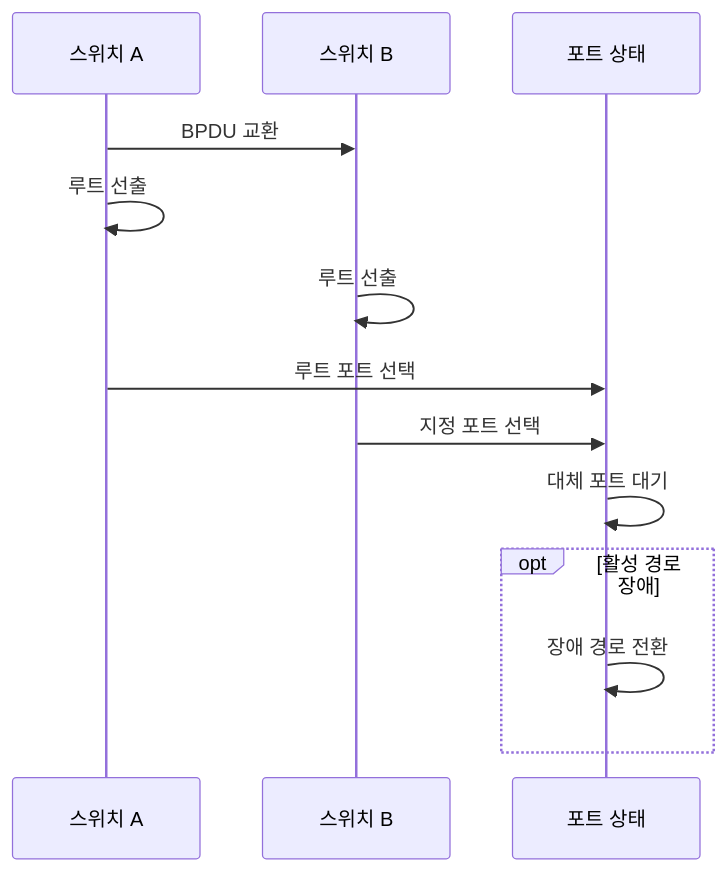
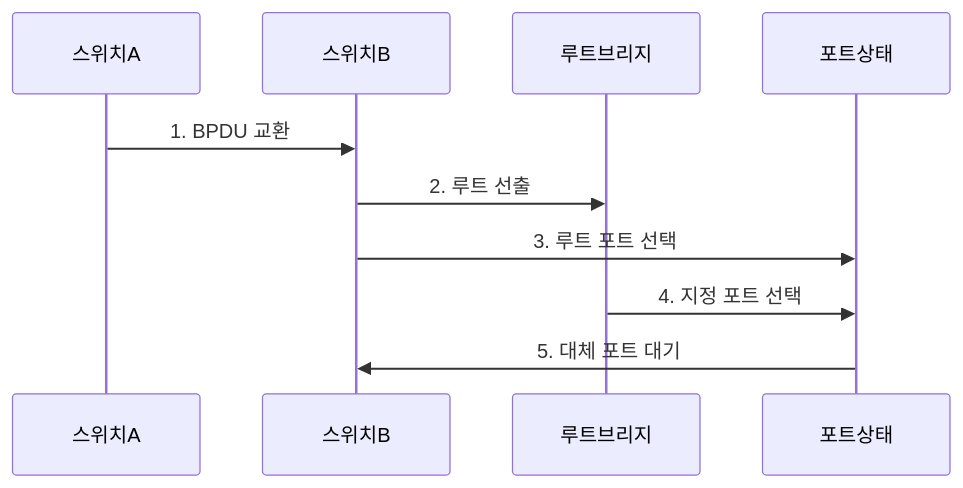
Before and after one commit to agnusdei1207/knowledge-base: the second of 2 diagrams in src/content/docs/notes/04-network/017_stp_rstp_loop_prevention.md, drawn with Mermaid. The commit also changed other lines of this file and 20 other files, not shown here.

````diff
--- a/src/content/docs/notes/04-network/017_stp_rstp_loop_prevention.md
+++ b/src/content/docs/notes/04-network/017_stp_rstp_loop_prevention.md
@@ -90,15 +85,12 @@
 ```mermaid
 sequenceDiagram
-    participant A as 스위치 A
-    participant B as 스위치 B
-    participant P as 포트 상태
-    A->>B: BPDU 교환
-    A->>A: 루트 선출
-    B->>B: 루트 선출
-    A->>P: 루트 포트 선택
-    B->>P: 지정 포트 선택
-    P->>P: 대체 포트 대기
-    opt 활성 경로 장애
-        P->>P: 장애 경로 전환
-    end
+    participant 스위치A
+    participant 스위치B
+    participant 루트브리지
+    participant 포트상태
+    스위치A->>스위치B: 1. BPDU 교환
+    스위치B->>루트브리지: 2. 루트 선출
+    스위치B->>포트상태: 3. 루트 포트 선택
+    루트브리지->>포트상태: 4. 지정 포트 선택
+    포트상태->>스위치B: 5. 대체 포트 대기
 ```
````
